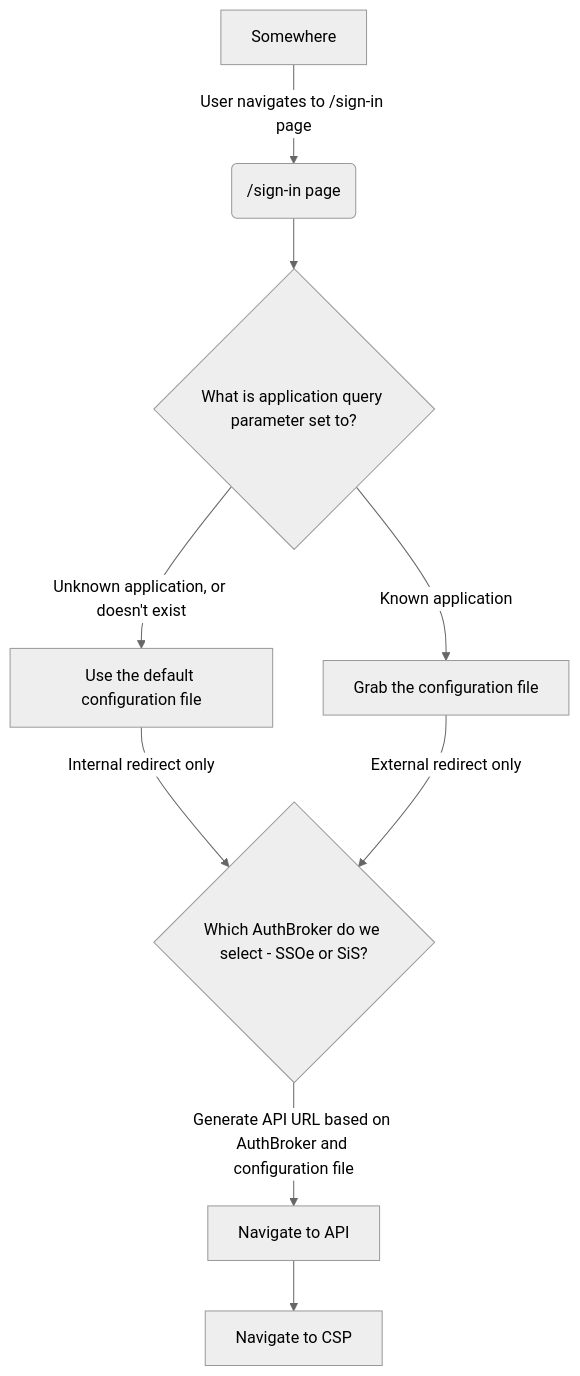
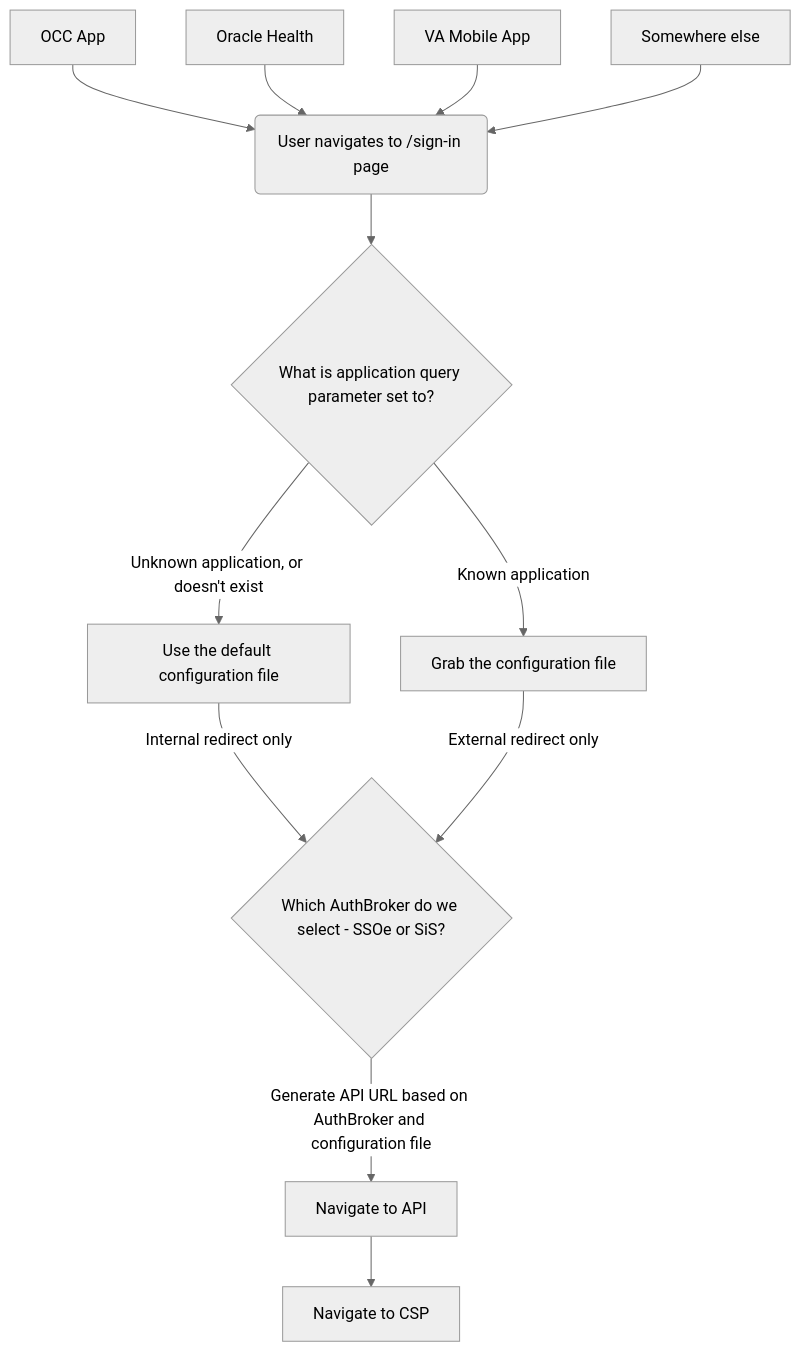
Before and after one commit to department-of-veterans-affairs/va.gov-team: the diagram in products/identity/Frontend/applications/login.md, drawn with Mermaid (neutral theme). The commit also changed other lines of this file, not shown here.

````diff
--- a/products/identity/Frontend/applications/login.md
+++ b/products/identity/Frontend/applications/login.md
@@ -36,12 +38,11 @@
-```mermaid
+  ```mermaid
 flowchart TD
-    A[Somewhere] -->|User navigates to /sign-in page| B(/sign-in page)
+    A[OCC App] & K[Oracle Health] & L[VA Mobile App] & M[Somewhere else] --> B(User navigates to /sign-in page)
     B --> C{What is application query parameter set to?}
     C -->|Known application| D[Grab the configuration file]
     C -->|Unknown application, or doesn't exist| E[Use the default configuration file]
     E --> |Internal redirect only| F{Which AuthBroker do we select - SSOe or SiS?}
     F --> |Generate API URL based on AuthBroker and configuration file| H[Navigate to API]
     H --> I[Navigate to CSP]
     D --> |External redirect only| F
- 
 ```
````
